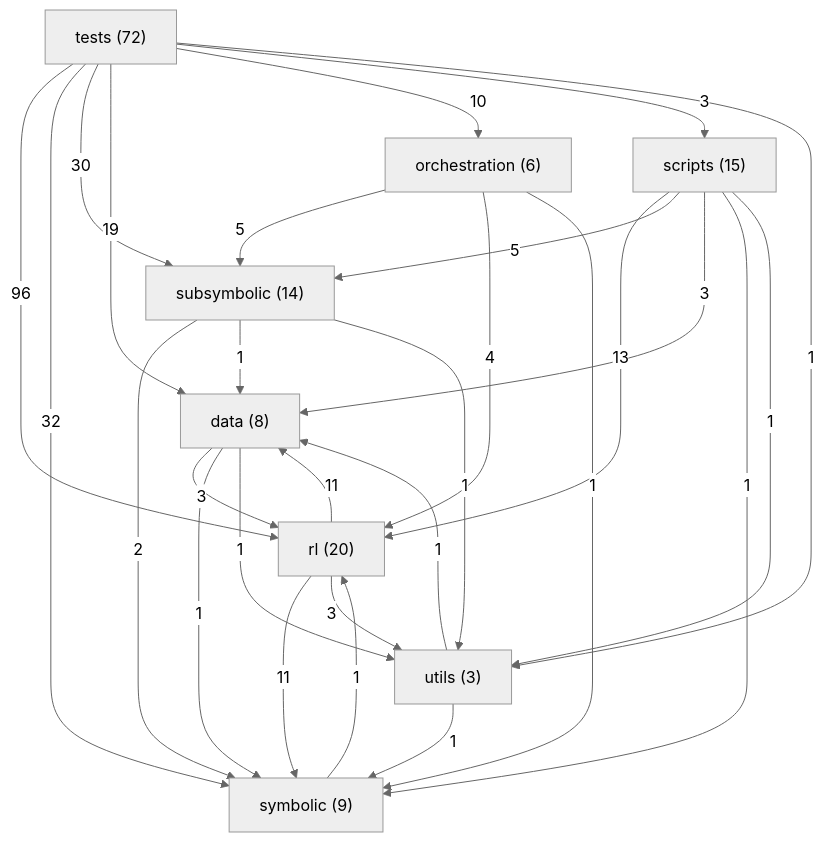
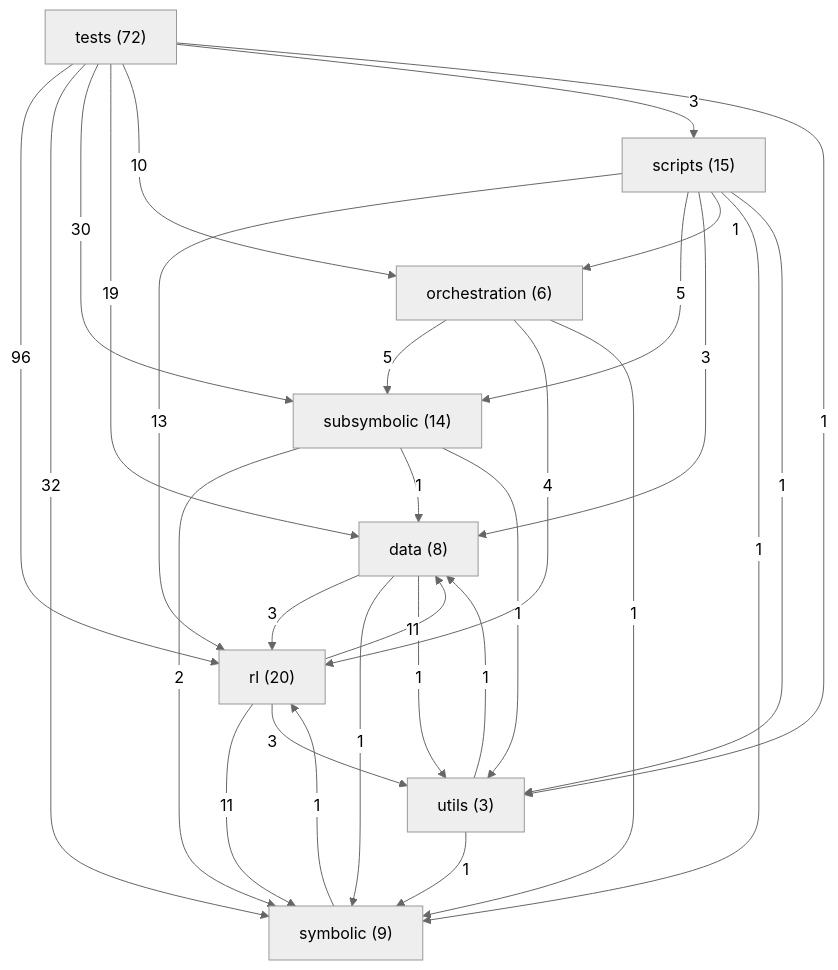
One commit to danrd/ARC-AGI changed the diagram in ARCHITECTURE.md. Above: the diagram before and after it, drawn with Mermaid (neutral theme). The commit also changed other lines of this file and 5 other files, not shown here.

````diff
--- a/ARCHITECTURE.md
+++ b/ARCHITECTURE.md
@@ -173,38 +173,39 @@
 ```mermaid
 graph TD
   data["data (8)"]
   orchestration["orchestration (6)"]
   rl["rl (20)"]
   scripts["scripts (15)"]
   subsymbolic["subsymbolic (14)"]
   symbolic["symbolic (9)"]
   tests["tests (72)"]
   utils["utils (3)"]
   tests -->|96| rl
   tests -->|32| symbolic
   tests -->|30| subsymbolic
   tests -->|19| data
   scripts -->|13| rl
   rl -->|11| data
   rl -->|11| symbolic
   tests -->|10| orchestration
   orchestration -->|5| subsymbolic
   scripts -->|5| subsymbolic
   orchestration -->|4| rl
   data -->|3| rl
   rl -->|3| utils
   scripts -->|3| data
   tests -->|3| scripts
   subsymbolic -->|2| symbolic
   data -->|1| symbolic
   data -->|1| utils
   orchestration -->|1| symbolic
+  scripts -->|1| orchestration
   scripts -->|1| symbolic
   scripts -->|1| utils
   subsymbolic -->|1| data
   subsymbolic -->|1| utils
   symbolic -->|1| rl
   tests -->|1| utils
   utils -->|1| data
   utils -->|1| symbolic
 ```
````
